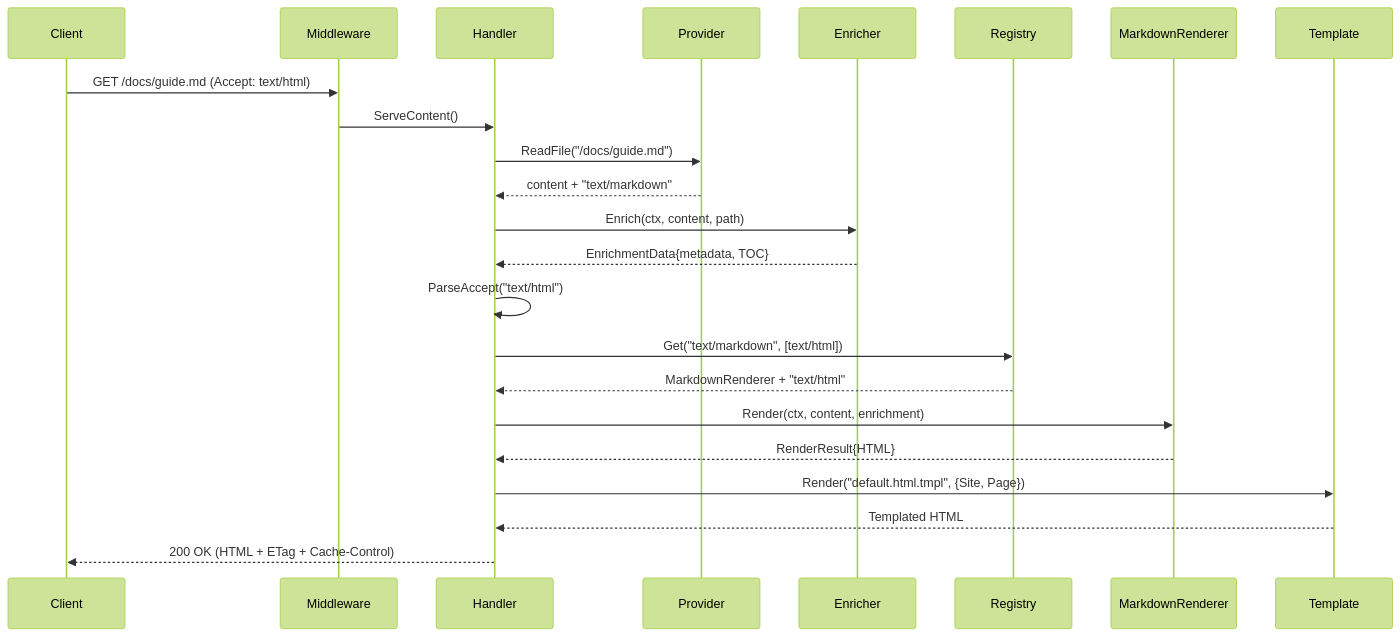
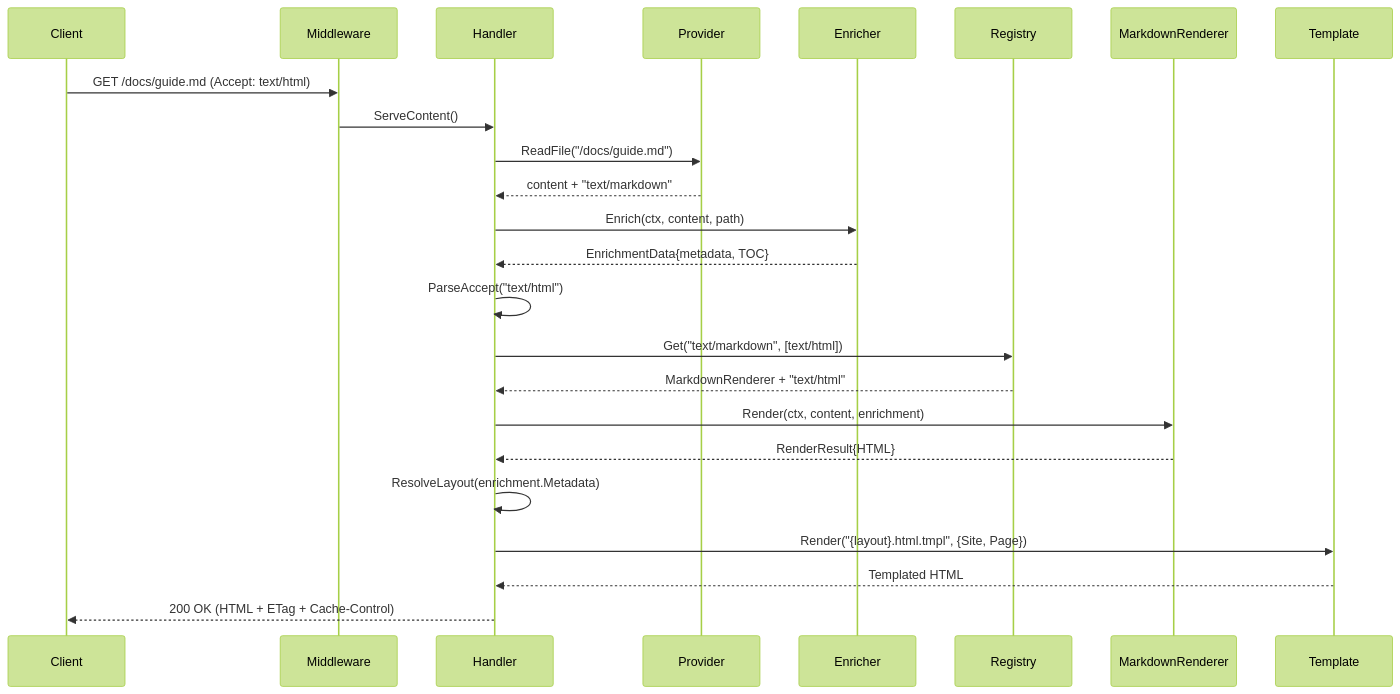
Before and after one commit to monolithiclab/gomddoc: the second of 3 diagrams in docs/architecture.md, drawn with Mermaid (forest theme). The commit also changed other lines of this file and 1 other file, not shown here.

````diff
--- a/docs/architecture.md
+++ b/docs/architecture.md
@@ -316,26 +333,27 @@
 ```mermaid
 sequenceDiagram
     participant C as Client
     participant M as Middleware
     participant H as Handler
     participant P as Provider
     participant EN as Enricher
     participant Reg as Registry
     participant R as MarkdownRenderer
     participant T as Template
 
     C->>M: GET /docs/guide.md (Accept: text/html)
     M->>H: ServeContent()
     H->>P: ReadFile("/docs/guide.md")
     P-->>H: content + "text/markdown"
     H->>EN: Enrich(ctx, content, path)
     EN-->>H: EnrichmentData{metadata, TOC}
     H->>H: ParseAccept("text/html")
     H->>Reg: Get("text/markdown", [text/html])
     Reg-->>H: MarkdownRenderer + "text/html"
     H->>R: Render(ctx, content, enrichment)
     R-->>H: RenderResult{HTML}
-    H->>T: Render("default.html.tmpl", {Site, Page})
+    H->>H: ResolveLayout(enrichment.Metadata)
+    H->>T: Render("{layout}.html.tmpl", {Site, Page})
     T-->>H: Templated HTML
     H-->>C: 200 OK (HTML + ETag + Cache-Control)
 ```
````
